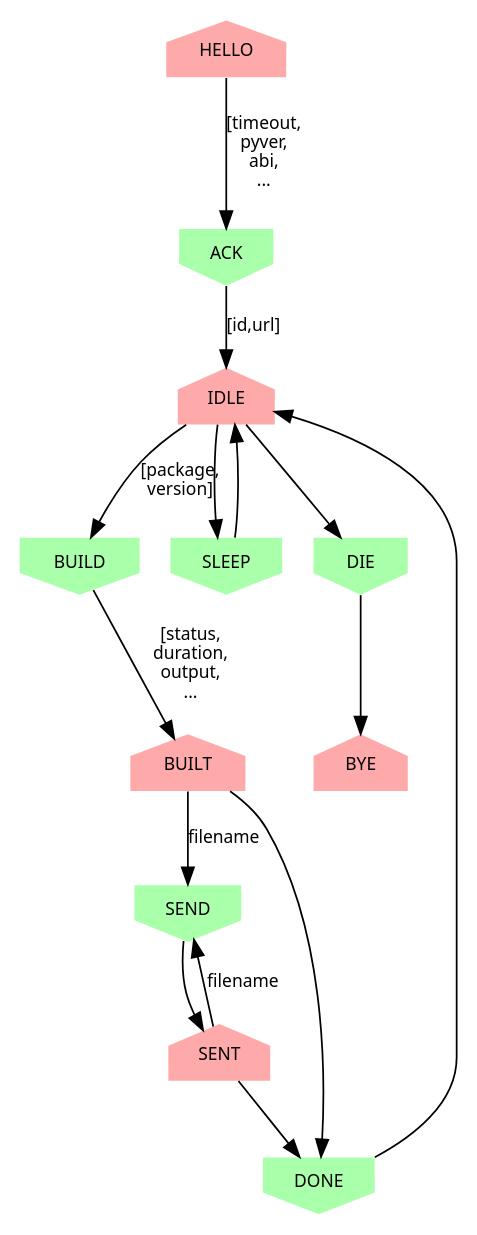
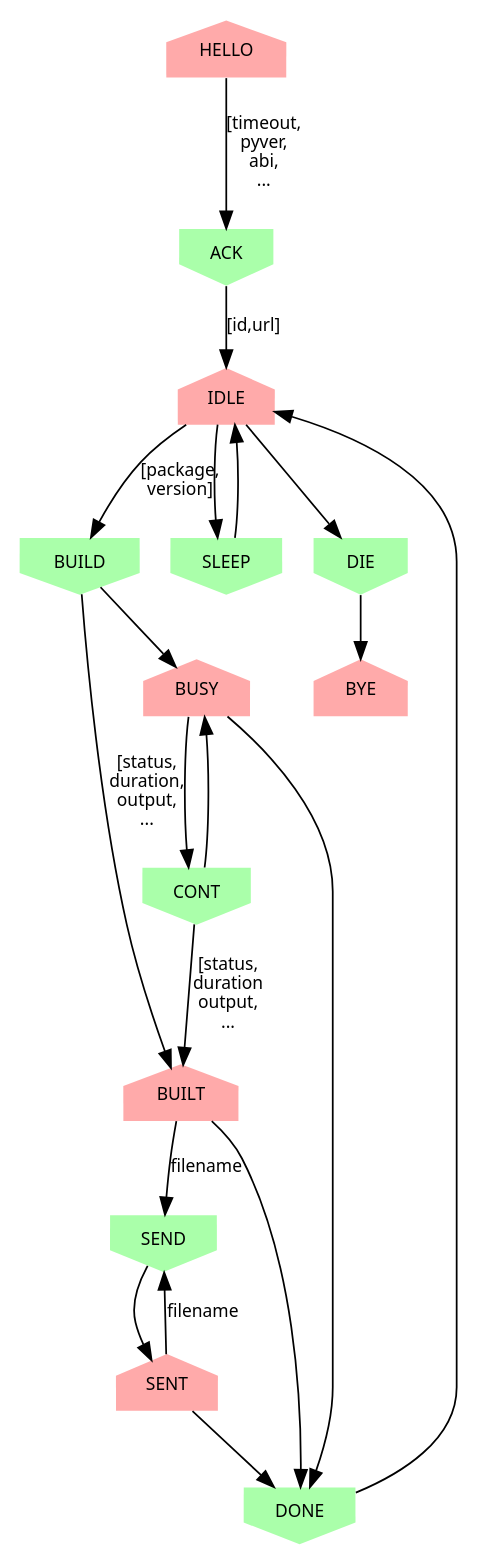
Before and after one commit to piwheels/piwheels: the diagram in docs/images/slave_protocol.dot, drawn with Graphviz. The commit also changed 13 other files, not shown here.

```diff
--- a/docs/images/slave_protocol.dot
+++ b/docs/images/slave_protocol.dot
@@ -1,35 +1,42 @@
 digraph slave {
     /* Sent messages */
     node [shape=house, fontname=Sans, fontsize=10, style=filled, fillcolor="#ffaaaa", penwidth=0];
     HELLO [label="HELLO"];
     IDLE;
     BUILT;
     SENT;
+    BUSY;
     BYE [label="BYE"];
 
     /* Received messages */
     node [shape=invhouse, fontname=Sans, fontsize=10, style=filled, fillcolor="#aaffaa", penwidth=0];
     ACK [label="ACK"];
     BUILD;
+    CONT;
     SEND;
     DONE;
     SLEEP;
     DIE [label="DIE"];
 
     /* Edges */
     edge [fontname=Sans, fontsize=10];
     HELLO->ACK [label="[timeout,\npyver,\nabi,\n..."];
     ACK->IDLE [label="[id,url]"];
     IDLE->BUILD [label="[package,\nversion]"];
     IDLE->SLEEP;
     IDLE->DIE;
     SLEEP->IDLE;
+    BUILD->BUSY;
+    BUSY->CONT;
+    BUSY->DONE;
+    CONT->BUSY;
+    CONT->BUILT [label="[status,\nduration\noutput,\n..."];
     BUILD->BUILT [label="[status,\nduration,\noutput,\n..."];
     BUILT->DONE;
     BUILT->SEND [label="filename"];
     SEND->SENT;
     SENT->DONE;
     SENT->SEND [label="filename"];
     DONE->IDLE;
     DIE->BYE;
 }
```
